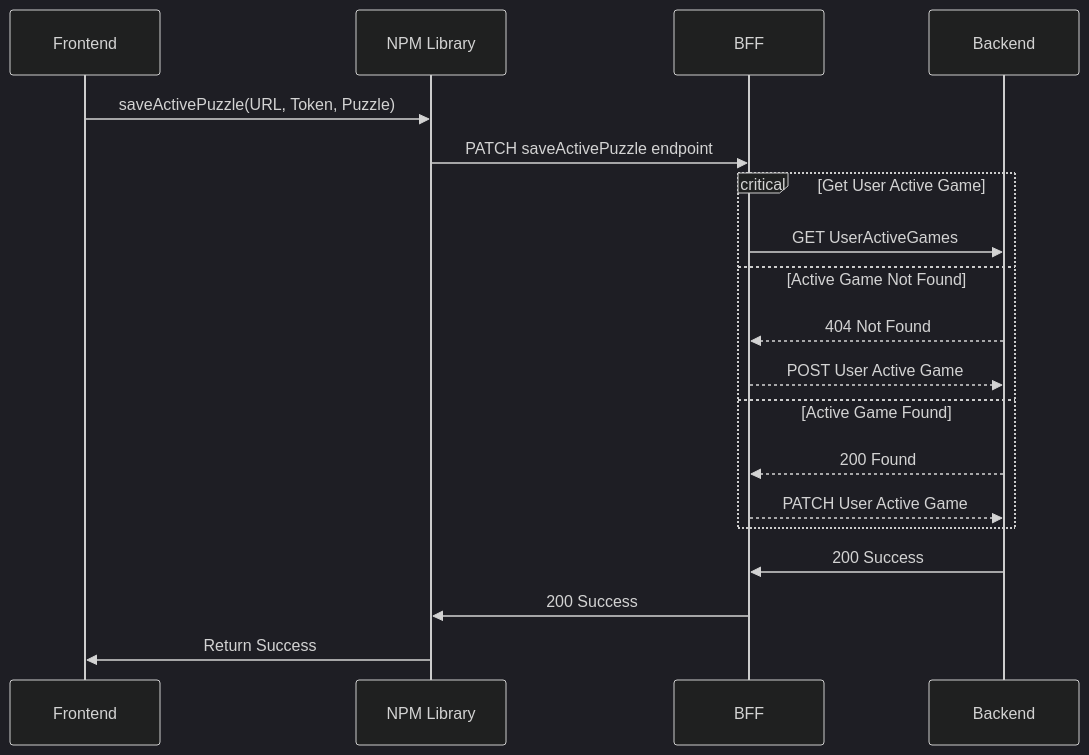
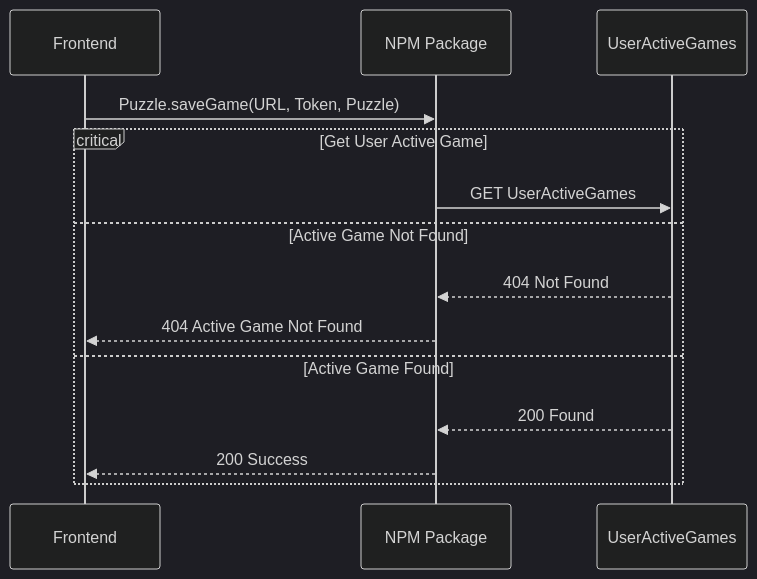
The third of 4 diagrams in Documentation/Diagrams/SequenceDiagram.md (Sudokuru/Puzzle), drawn with Mermaid (dark theme) before and after one commit. The commit also changed other lines of this file and 1 other file, not shown here.

````diff
--- a/Documentation/Diagrams/SequenceDiagram.md
+++ b/Documentation/Diagrams/SequenceDiagram.md
@@ -41,24 +100,19 @@
 ```mermaid
 sequenceDiagram
     participant Frontend
-    participant NPM Library
-    participant BFF
-    participant Backend
+    participant NPM Package
+    participant UserActiveGames
 
-    #saveActivePuzzle
-    Frontend->>NPM Library: saveActivePuzzle(URL, Token, Puzzle)
-    NPM Library->>BFF: PATCH saveActivePuzzle endpoint
+    #Save Game
+    Frontend->>NPM Package: Puzzle.saveGame(URL, Token, Puzzle)
 
     critical Get User Active Game
-        BFF->>Backend: GET UserActiveGames
+        NPM Package->>UserActiveGames: GET UserActiveGames
     option Active Game Not Found
-        Backend-->>BFF: 404 Not Found
-        BFF-->>Backend: POST User Active Game
+        UserActiveGames-->>NPM Package: 404 Not Found
+        NPM Package-->>Frontend: 404 Active Game Not Found
     option Active Game Found
-        Backend-->>BFF: 200 Found
-        BFF-->>Backend: PATCH User Active Game
+        UserActiveGames-->>NPM Package: 200 Found
+        NPM Package-->>Frontend: 200 Success
     end
-        Backend->>BFF: 200 Success
-        BFF->>NPM Library: 200 Success
-        NPM Library->>Frontend: Return Success
 ```
````
